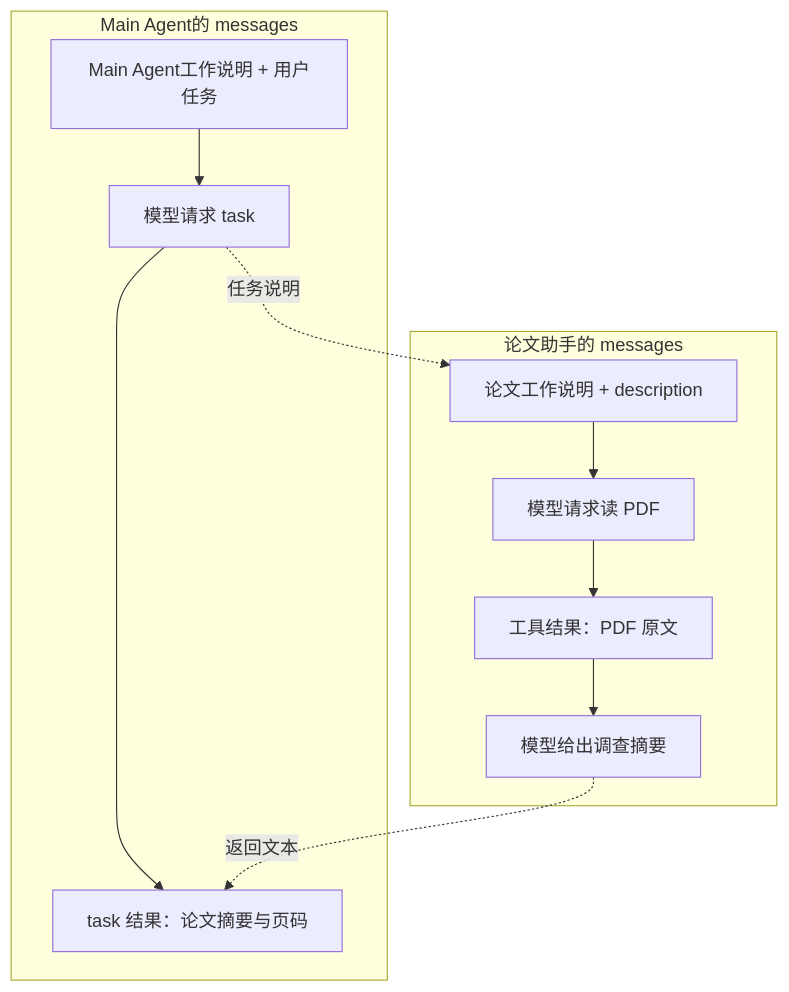
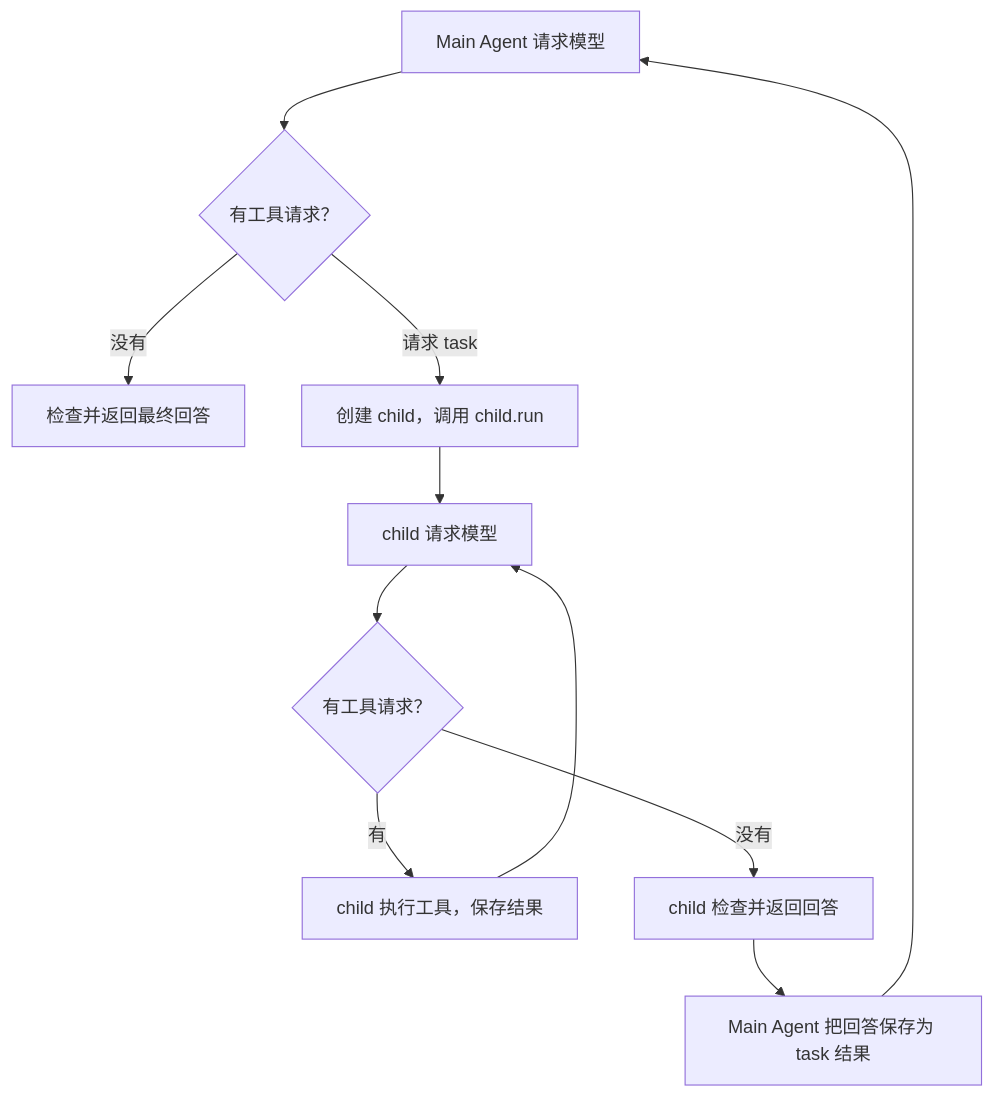
One commit to JackYansongLi/learn-harness changed the second of 3 diagrams in docs/tutorial.md. Above: the diagram before and after it, drawn with Mermaid. The commit also changed other lines of this file and 3 other files, not shown here.

````diff
--- a/docs/tutorial.md
+++ b/docs/tutorial.md
@@ -189,14 +104,13 @@
 ```mermaid
 flowchart TD
-    subgraph P[Main Agent的 messages]
-        P1[Main Agent工作说明 + 用户任务] --> P2[模型请求 task]
-        P2 --> P3[task 结果：论文摘要与页码]
-    end
-    subgraph C[论文助手的 messages]
-        C1[论文工作说明 + description] --> C2[模型请求读 PDF]
-        C2 --> C3[工具结果：PDF 原文]
-        C3 --> C4[模型给出调查摘要]
-    end
-    P2 -.任务说明.-> C1
-    C4 -.返回文本.-> P3
+    A[Main Agent 请求模型] --> B{有工具请求？}
+    B -->|没有| C[检查并返回最终回答]
+    B -->|请求 task| D[创建 child，调用 child.run]
+    D --> E[child 请求模型]
+    E --> F{有工具请求？}
+    F -->|有| G[child 执行工具，保存结果]
+    G --> E
+    F -->|没有| H[child 检查并返回回答]
+    H --> I[Main Agent 把回答保存为 task 结果]
+    I --> A
 ```
````
